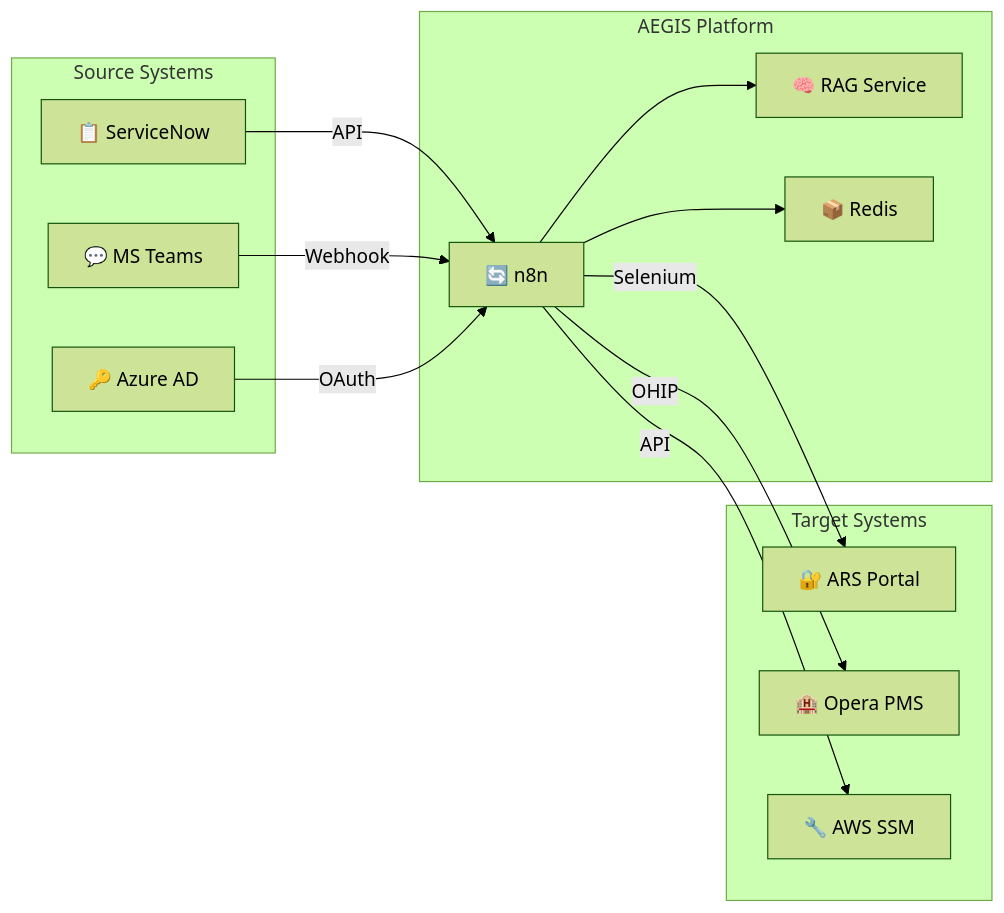
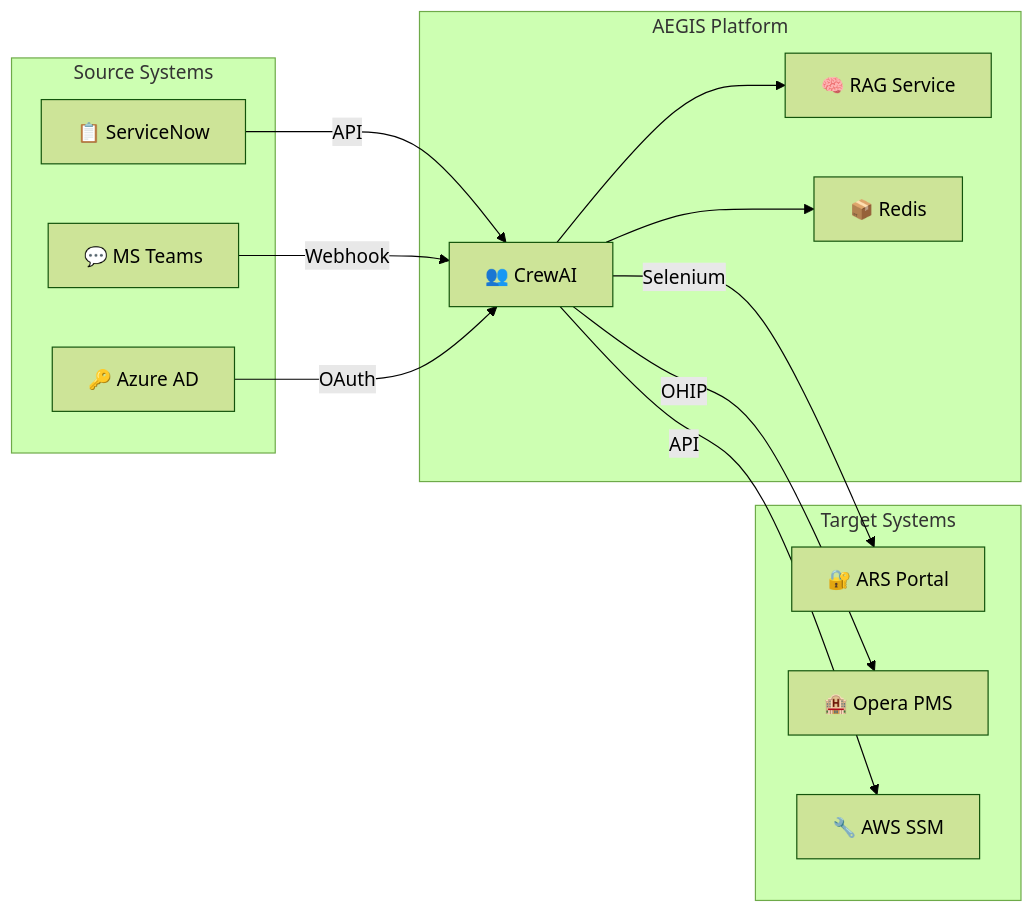
Before and after one commit to maniltns/AEGIS: the diagram in docs/ea-pack/ea-alignment.md, drawn with Mermaid (forest theme). The commit also changed other lines of this file and 14 other files, not shown here.

Commit message:
docs: Add comprehensive documentation for AEGIS architecture, demo, setup, and executive insights, and update contributing guidelines for the Python/CrewAI agent stack.

````diff
--- a/docs/ea-pack/ea-alignment.md
+++ b/docs/ea-pack/ea-alignment.md
@@ -93,29 +94,29 @@
 ```mermaid
 graph LR
     subgraph "Source Systems"
         SNOW["📋 ServiceNow"]
         TEAMS["💬 MS Teams"]
         AAD["🔑 Azure AD"]
     end
 
     subgraph "AEGIS Platform"
-        N8N["🔄 n8n"]
+        CREW["👥 CrewAI"]
         RAG["🧠 RAG Service"]
         REDIS["📦 Redis"]
     end
 
     subgraph "Target Systems"
         ARS["🔐 ARS Portal"]
         OPERA["🏨 Opera PMS"]
         SSM["🔧 AWS SSM"]
     end
 
-    SNOW -->|API| N8N
-    TEAMS -->|Webhook| N8N
-    AAD -->|OAuth| N8N
-    N8N --> RAG
-    N8N --> REDIS
-    N8N -->|Selenium| ARS
-    N8N -->|OHIP| OPERA
-    N8N -->|API| SSM
+    SNOW -->|API| CREW
+    TEAMS -->|Webhook| CREW
+    AAD -->|OAuth| CREW
+    CREW --> RAG
+    CREW --> REDIS
+    CREW -->|Selenium| ARS
+    CREW -->|OHIP| OPERA
+    CREW -->|API| SSM
 ```
````
